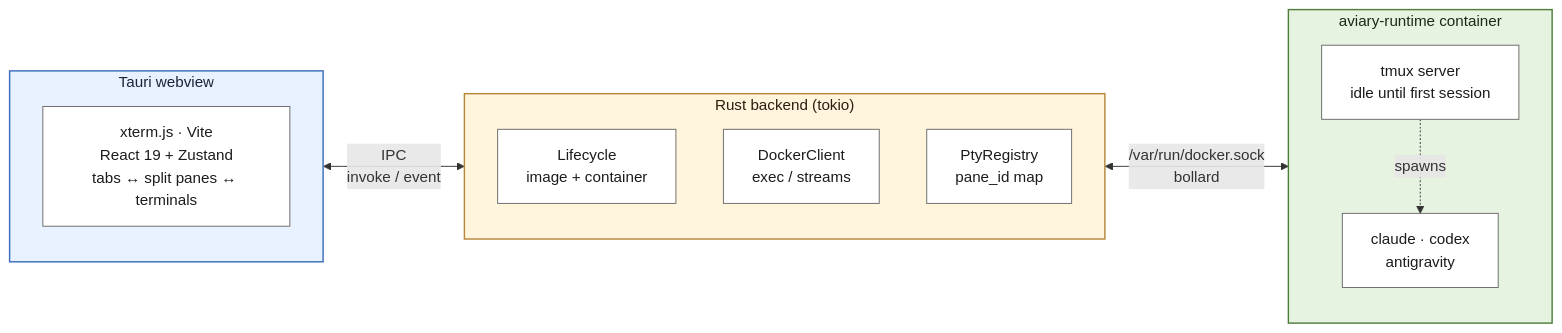
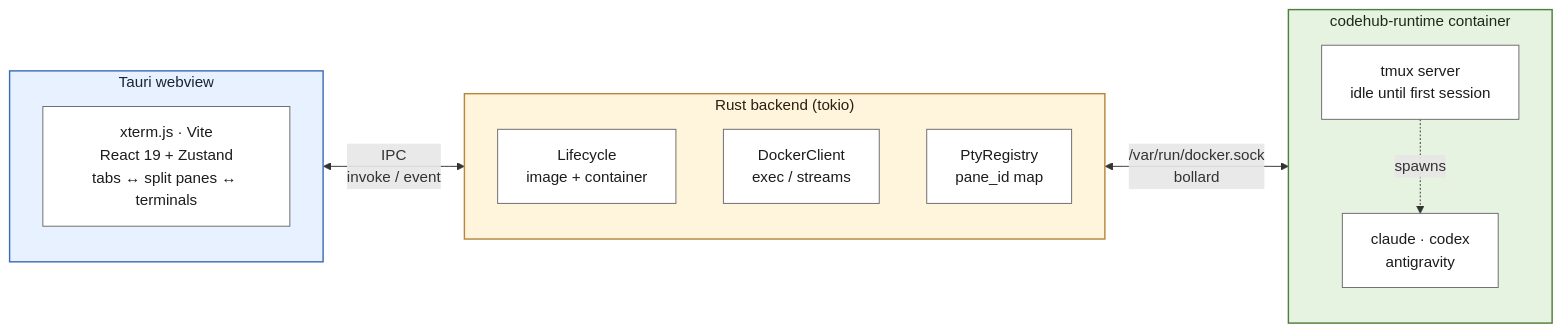
One commit to mpolatcan/aviary changed the first of 3 diagrams in README.md. Above: the diagram before and after it, drawn with Mermaid. The commit also changed other lines of this file and 29 other files, not shown here.

````diff
--- a/README.md
+++ b/README.md
@@ -13,34 +13,34 @@
 ```mermaid
 flowchart LR
     subgraph webview["Tauri webview"]
         direction TB
         UI["xterm.js · Vite<br/>React 19 + Zustand<br/>tabs ↔ split panes ↔ terminals"]
     end
 
     subgraph backend["Rust backend (tokio)"]
         direction TB
         LC["Lifecycle<br/>image + container"]
         DC["DockerClient<br/>exec / streams"]
         PR["PtyRegistry<br/>pane_id map"]
     end
 
-    subgraph runtime["aviary-runtime container"]
+    subgraph runtime["codehub-runtime container"]
         direction TB
         TMUX["tmux server<br/>idle until first session"]
         CLIS["claude · codex<br/>antigravity"]
         TMUX -. spawns .-> CLIS
     end
 
     webview <-- "IPC<br/>invoke / event" --> backend
     backend <-- "/var/run/docker.sock<br/>bollard" --> runtime
 
     classDef webviewBox fill:#e8f1ff,stroke:#3b6dba,stroke-width:1.5px,color:#1a2436
     classDef backendBox fill:#fff4dc,stroke:#b6873a,stroke-width:1.5px,color:#2a1f10
     classDef runtimeBox fill:#e6f3e1,stroke:#4f7d3a,stroke-width:1.5px,color:#1d2a17
     classDef inner    fill:#ffffff,stroke:#6a6a6a,stroke-width:1px,color:#1c1c1c
 
     class webview webviewBox
     class backend backendBox
     class runtime runtimeBox
     class UI,LC,DC,PR,TMUX,CLIS inner
 ```
````
